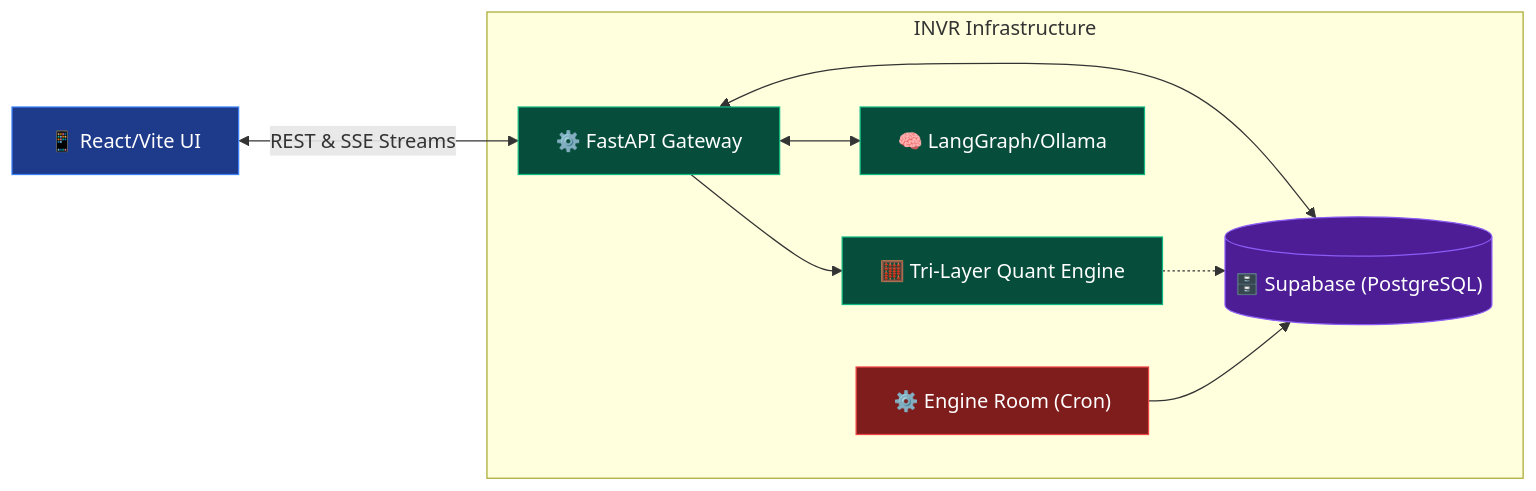
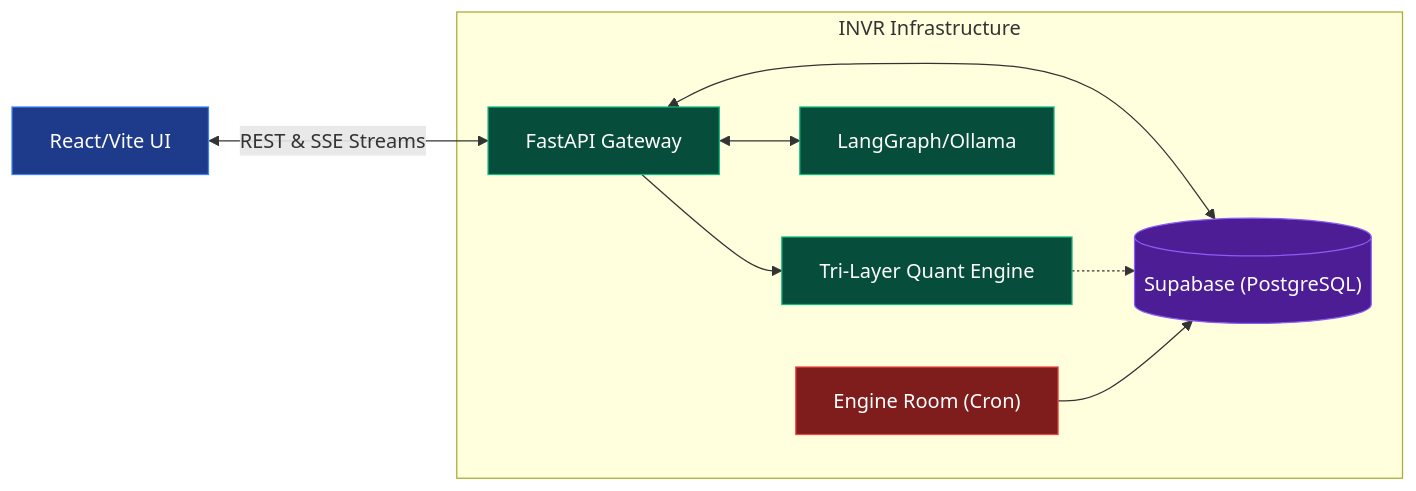
Before and after one commit to gh0gale/INVR: the third of 4 diagrams in README.md, drawn with Mermaid. The commit also changed other lines of this file, not shown here.

````diff
--- a/README.md
+++ b/README.md
@@ -90,25 +90,25 @@
 ```mermaid
 flowchart LR
     classDef frontend fill:#1e3a8a,stroke:#3b82f6,color:#fff;
     classDef backend fill:#064e3b,stroke:#10b981,color:#fff;
     classDef db fill:#4c1d95,stroke:#8b5cf6,color:#fff;
     classDef engine fill:#7f1d1d,stroke:#ef4444,color:#fff;
     
-    Client["📱 React/Vite UI"]:::frontend
+    Client[" React/Vite UI"]:::frontend
     
     subgraph Cloud["INVR Infrastructure"]
-        API["⚙️ FastAPI Gateway"]:::backend
-        Quant["🧮 Tri-Layer Quant Engine"]:::backend
-        LLM["🧠 LangGraph/Ollama"]:::backend
-        DB[("🗄️ Supabase (PostgreSQL)")]:::db
-        Engine["⚙️ Engine Room (Cron)"]:::engine
+        API[" FastAPI Gateway"]:::backend
+        Quant[" Tri-Layer Quant Engine"]:::backend
+        LLM[" LangGraph/Ollama"]:::backend
+        DB[(" Supabase (PostgreSQL)")]:::db
+        Engine[" Engine Room (Cron)"]:::engine
         
         API --> Quant
         API <--> LLM
         API <--> DB
         Quant -.-> DB
         Engine --> DB
     end
     
     Client <-->|REST & SSE Streams| API
 ```
````
